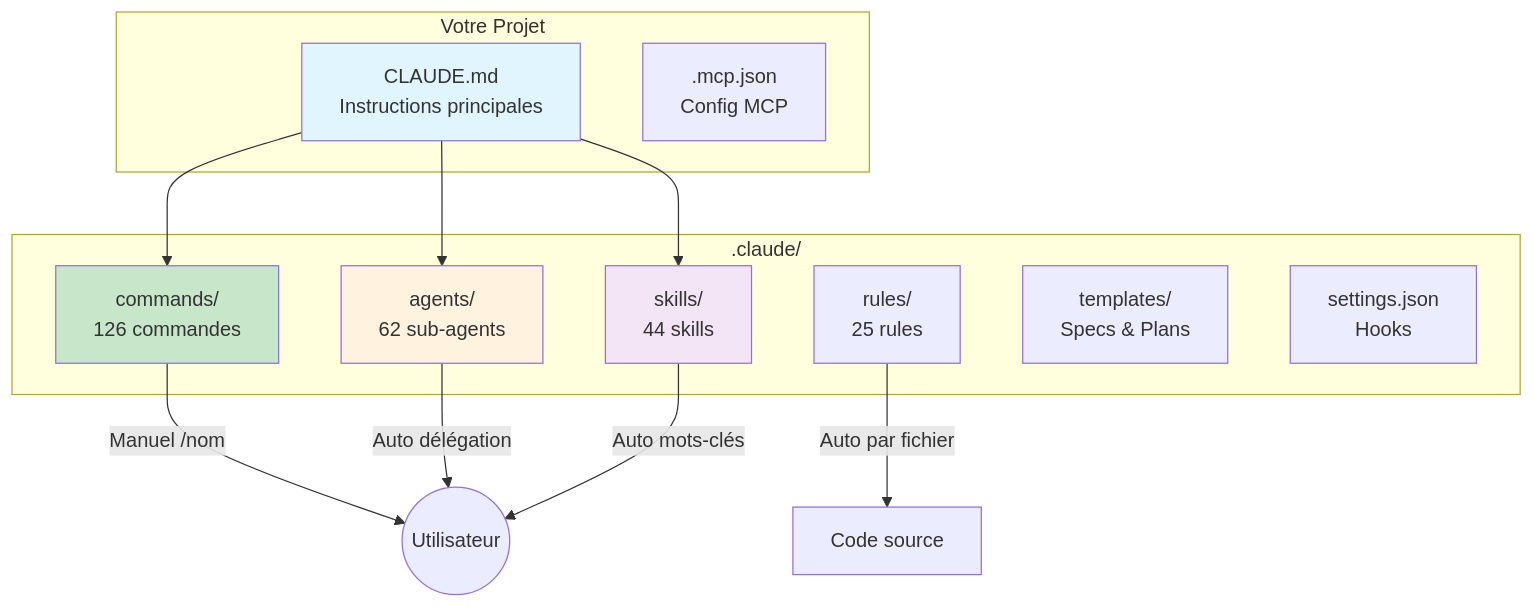
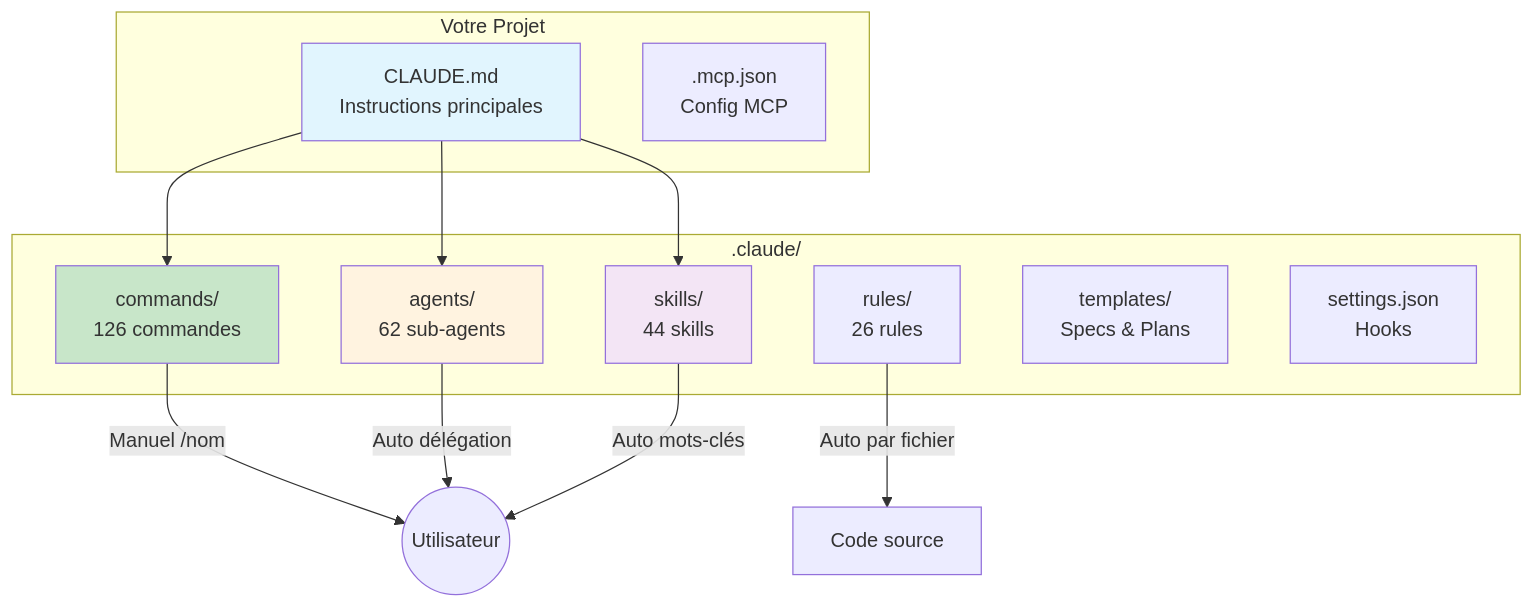
One commit to christopherlouet/claude-base changed the first of 2 diagrams in website/docs/intro/architecture.md. Above: the diagram before and after it, drawn with Mermaid. The commit also changed other lines of this file and 1 other file, not shown here.

Commit message:
fix: update rules count to 26 in website docs

````diff
--- a/website/docs/intro/architecture.md
+++ b/website/docs/intro/architecture.md
@@ -15,30 +15,30 @@
 ```mermaid
 graph TB
     subgraph "Votre Projet"
         CLAUDE[CLAUDE.md<br/>Instructions principales]
         MCP[.mcp.json<br/>Config MCP]
     end
 
     subgraph ".claude/"
         CMDS[commands/<br/>126 commandes]
         AGENTS[agents/<br/>62 sub-agents]
         SKILLS[skills/<br/>44 skills]
-        RULES[rules/<br/>25 rules]
+        RULES[rules/<br/>26 rules]
         TPL[templates/<br/>Specs & Plans]
         SETTINGS[settings.json<br/>Hooks]
     end
 
     CLAUDE --> CMDS
     CLAUDE --> AGENTS
     CLAUDE --> SKILLS
 
     CMDS --> |"Manuel /nom"| USER((Utilisateur))
     AGENTS --> |"Auto délégation"| USER
     SKILLS --> |"Auto mots-clés"| USER
     RULES --> |"Auto par fichier"| CODE[Code source]
 
     style CLAUDE fill:#e1f5fe
     style CMDS fill:#c8e6c9
     style AGENTS fill:#fff3e0
     style SKILLS fill:#f3e5f5
 ```
````
